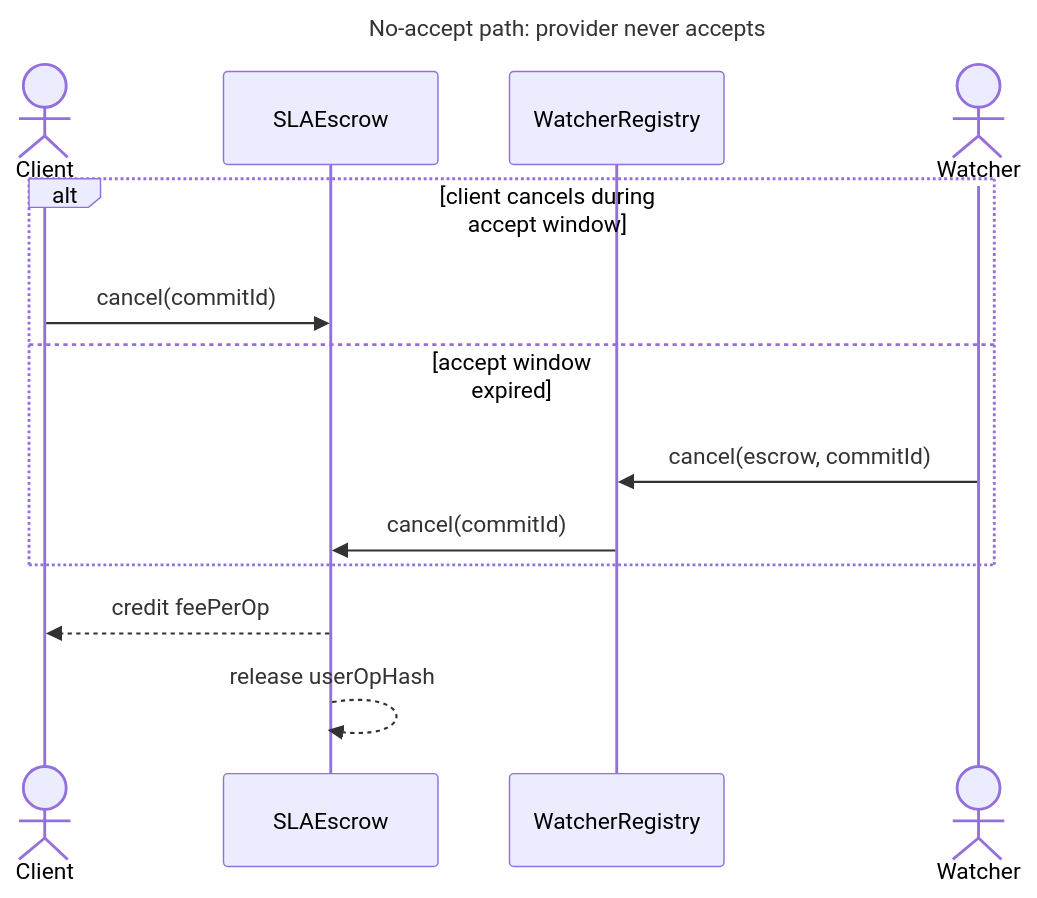
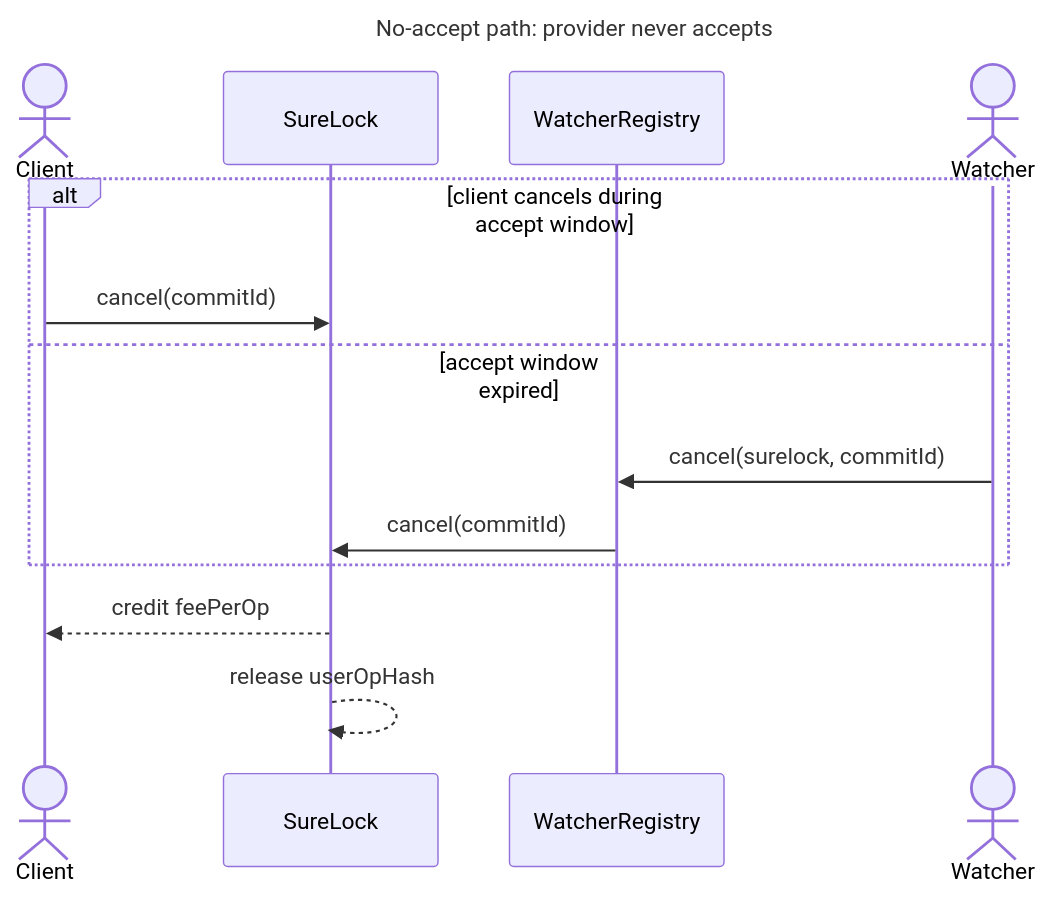
One commit to surelock-labs/surelock changed the fifth of 5 diagrams in docs/PROTOCOL.md. Above: the diagram before and after it, drawn with Mermaid. The commit also changed other lines of this file, not shown here.

````diff
--- a/docs/PROTOCOL.md
+++ b/docs/PROTOCOL.md
@@ -90,18 +90,18 @@
 ```mermaid
 sequenceDiagram
     title No-accept path: provider never accepts
     actor Client
-    participant SLAEscrow
+    participant SureLock
     participant WatcherRegistry
     actor Watcher
 
     alt client cancels during accept window
-        Client->>SLAEscrow: cancel(commitId)
+        Client->>SureLock: cancel(commitId)
     else accept window expired
-        Watcher->>WatcherRegistry: cancel(escrow, commitId)
-        WatcherRegistry->>SLAEscrow: cancel(commitId)
+        Watcher->>WatcherRegistry: cancel(surelock, commitId)
+        WatcherRegistry->>SureLock: cancel(commitId)
     end
 
-    SLAEscrow-->>Client: credit feePerOp
-    SLAEscrow-->>SLAEscrow: release userOpHash
+    SureLock-->>Client: credit feePerOp
+    SureLock-->>SureLock: release userOpHash
 ```
````
